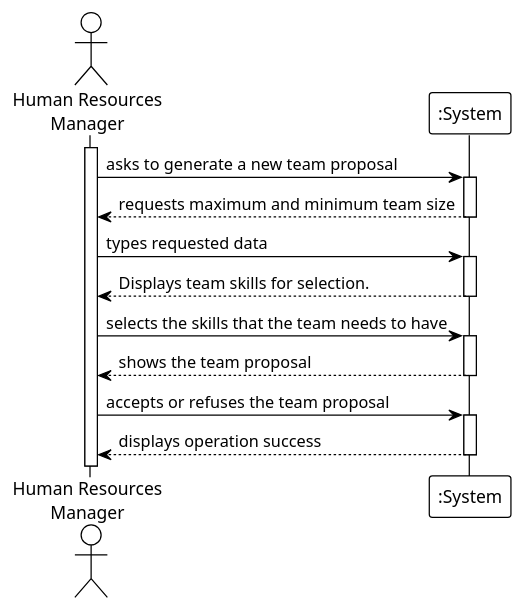
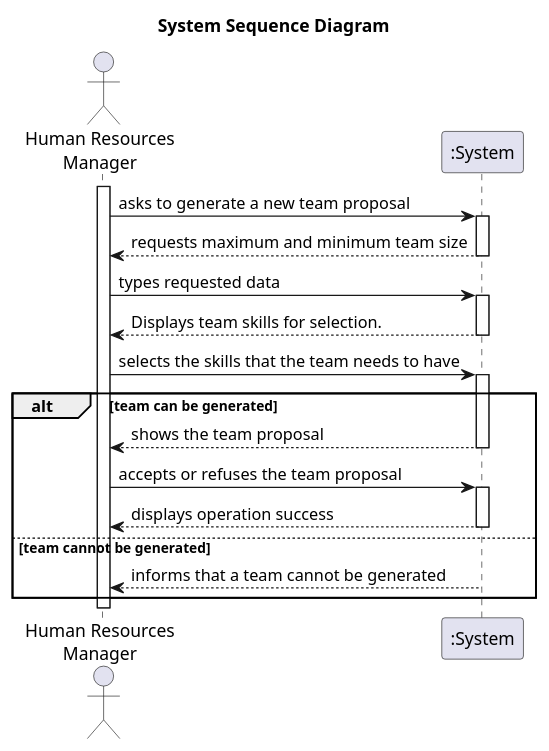
The diagram in docs/sprintA/us005/01.requirements-engineering/puml/us005-alternative-one.puml (RicardoMorim/lapr2-ISEP-Project), drawn with PlantUML before and after one commit. The commit also changed 9 other files, not shown here.

```diff
--- a/docs/sprintA/us005/01.requirements-engineering/puml/us005-alternative-one.puml
+++ b/docs/sprintA/us005/01.requirements-engineering/puml/us005-alternative-one.puml
@@ -1,35 +1,41 @@
 @startuml
-!theme plain
 
+
+title System Sequence Diagram
 
 actor "Human Resources\nManager" as Employee
 participant ":System" as System
 
 activate Employee
 
     Employee -> System : asks to generate a new team proposal
     activate System
 
         System --> Employee : requests maximum and minimum team size
     deactivate System
 
     Employee -> System : types requested data
     activate System
 
         System --> Employee : Displays team skills for selection.
     deactivate System
 
     Employee -> System : selects the skills that the team needs to have
 
     activate System
 
-        System --> Employee : shows the team proposal
-    deactivate System
+        alt team can be generated
+            System --> Employee : shows the team proposal
+            deactivate System
 
-    Employee -> System : accepts or refuses the team proposal
-    activate System
+            Employee -> System : accepts or refuses the team proposal
+            activate System
 
-        System --> Employee : displays operation success
-    deactivate System
+                System --> Employee : displays operation success
+            deactivate System
+        else team cannot be generated
+            System --> Employee : informs that a team cannot be generated
+            deactivate System
+        end
 
 @enduml
```
